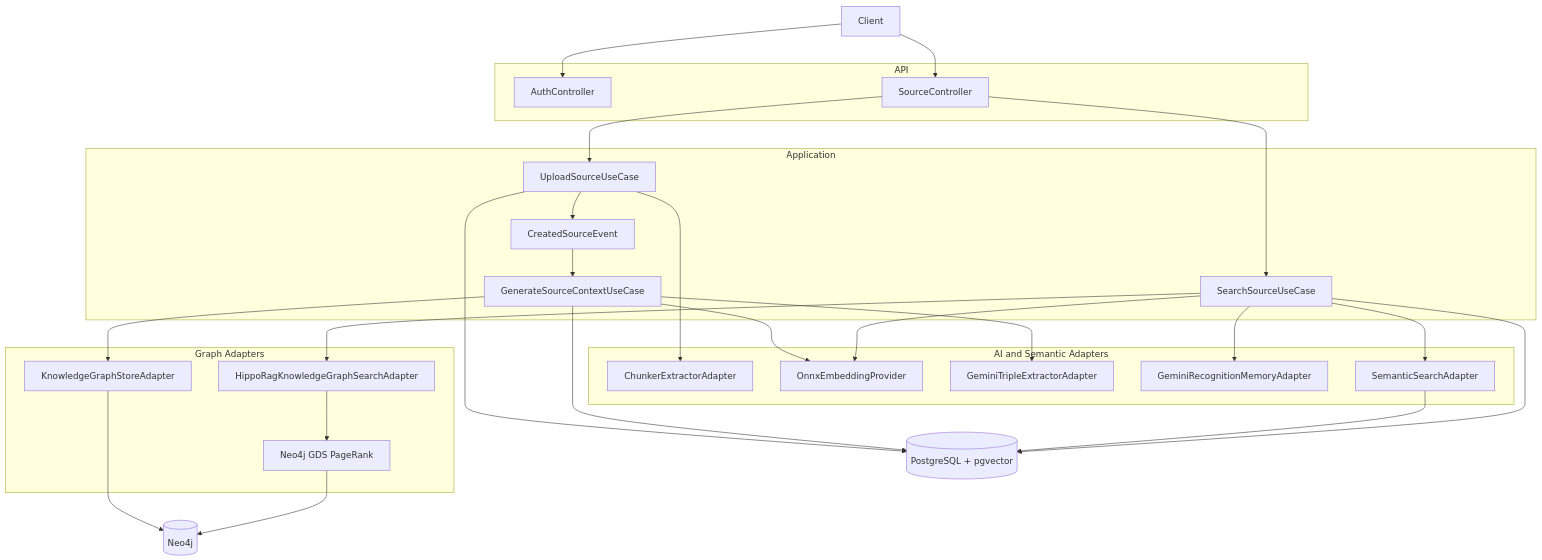
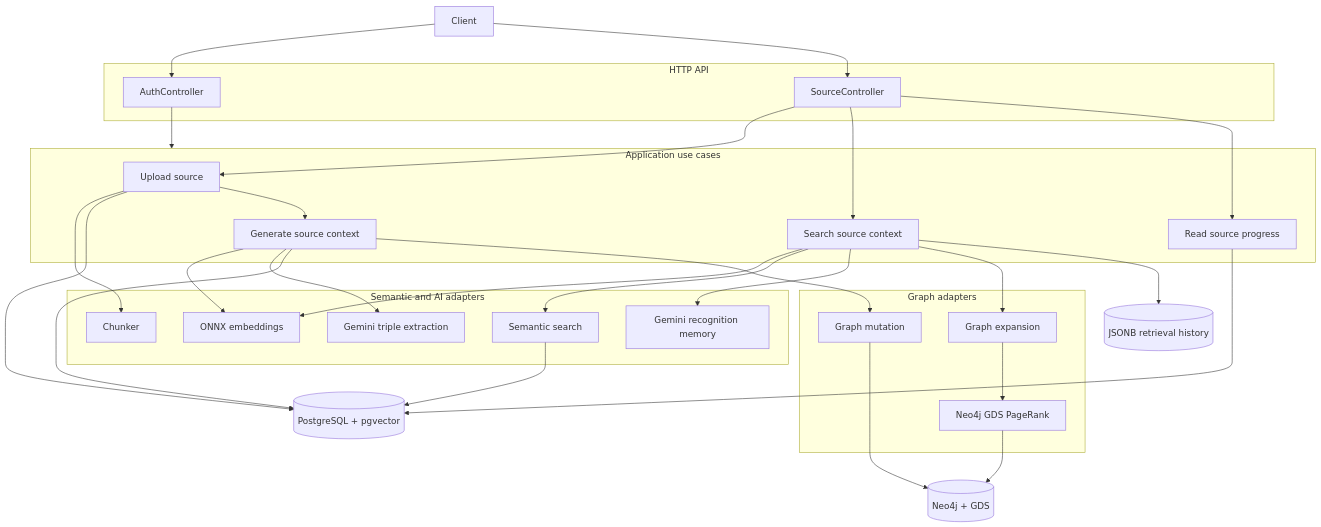
Before and after one commit to Luca5Eckert/Kairos: the first of 4 diagrams in README.md, drawn with Mermaid. The commit also changed other lines of this file and 1 other file, not shown here.

````diff
--- a/README.md
+++ b/README.md
@@ -90,55 +89,58 @@
 ```mermaid
 flowchart TB
-    client["Client"]
+    client[Client]
 
-    subgraph api["API"]
-        auth["AuthController"]
-        sources["SourceController"]
+    subgraph api[HTTP API]
+        auth[AuthController]
+        sources[SourceController]
     end
 
-    subgraph app["Application"]
-        upload["UploadSourceUseCase"]
-        enrich["GenerateSourceContextUseCase"]
-        search["SearchSourceUseCase"]
-        event["CreatedSourceEvent"]
+    subgraph application[Application use cases]
+        upload[Upload source]
+        enrich[Generate source context]
+        search[Search source context]
+        progress[Read source progress]
     end
 
-    subgraph ai["AI and Semantic Adapters"]
-        chunker["ChunkerExtractorAdapter"]
-        embedder["OnnxEmbeddingProvider"]
-        extractor["GeminiTripleExtractorAdapter"]
-        recognition["GeminiRecognitionMemoryAdapter"]
-        semantic["SemanticSearchAdapter"]
+    subgraph semantic[Semantic and AI adapters]
+        chunker[Chunker]
+        embedder[ONNX embeddings]
+        extractor[Gemini triple extraction]
+        memory[Gemini recognition memory]
+        vectors[Semantic search]
     end
 
-    subgraph graph["Graph Adapters"]
-        graphStore["KnowledgeGraphStoreAdapter"]
-        graphSearch["HippoRagKnowledgeGraphSearchAdapter"]
-        gds["Neo4j GDS PageRank"]
+    subgraph graph[Graph adapters]
+        store[Graph mutation]
+        graphSearch[Graph expansion]
+        ppr[Neo4j GDS PageRank]
     end
 
-    postgres[("PostgreSQL + pgvector")]
-    neo4j[("Neo4j")]
+    postgres[(PostgreSQL + pgvector)]
+    neo4j[(Neo4j + GDS)]
+    history[(JSONB retrieval history)]
 
     client --> auth
     client --> sources
+    auth --> application
     sources --> upload
+    sources --> search
+    sources --> progress
     upload --> chunker
     upload --> postgres
-    upload --> event
-    event --> enrich
+    upload --> enrich
     enrich --> embedder
     enrich --> extractor
     enrich --> postgres
-    enrich --> graphStore
-    graphStore --> neo4j
-    sources --> search
+    enrich --> store
+    store --> neo4j
     search --> embedder
-    search --> semantic
-    search --> recognition
-    semantic --> postgres
+    search --> vectors
+    search --> memory
     search --> graphSearch
-    graphSearch --> gds
-    gds --> neo4j
-    search --> postgres
+    search --> history
+    vectors --> postgres
+    progress --> postgres
+    graphSearch --> ppr
+    ppr --> neo4j
 ```
````
